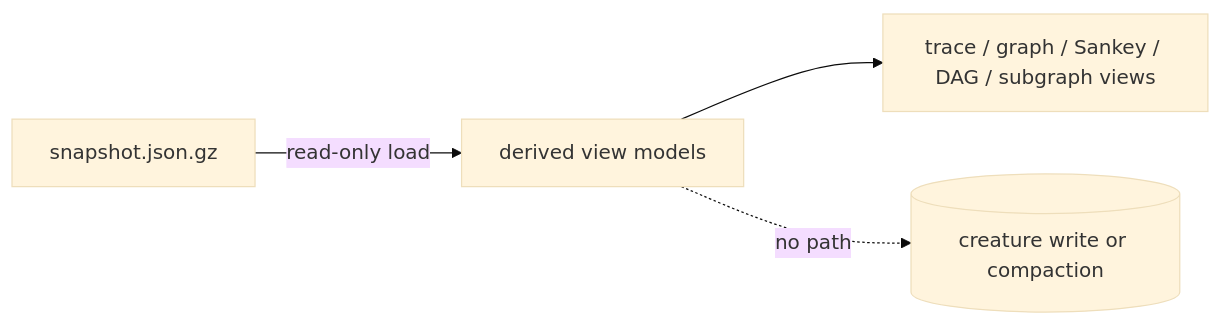
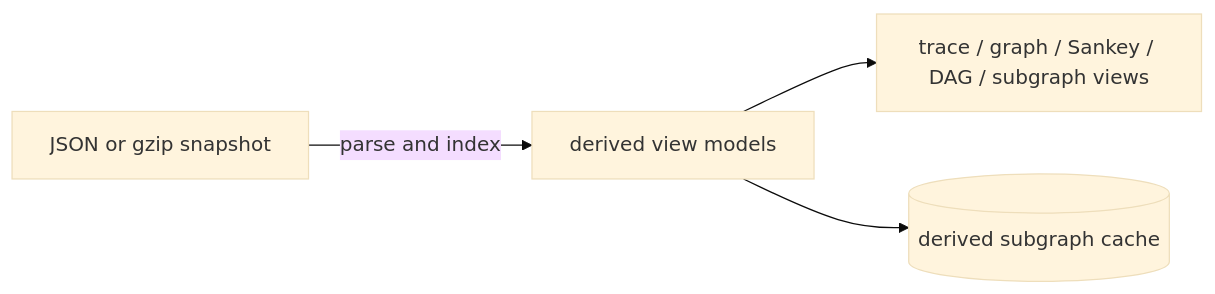
The diagram in docs/archive/pr-summaries/pr-summary-680.md (stSoftwareAU/NEAT-AI-Explore), drawn with Mermaid (base theme) before and after one commit. The commit also changed other lines of this file, not shown here.

First line of the commit message:
docs: verify compaction audit for #680

````diff
--- a/docs/archive/pr-summaries/pr-summary-680.md
+++ b/docs/archive/pr-summaries/pr-summary-680.md
@@ -74,6 +77,6 @@
 ```mermaid
 flowchart LR
-    S[snapshot.json.gz] -->|read-only load| V[derived view models]
+    S[JSON or gzip snapshot] -->|parse and index| V[derived view models]
     V --> T[trace / graph / Sankey / DAG / subgraph views]
-    V -.->|no path| W[(creature write or compaction)]
+    V --> C[(derived subgraph cache)]
 ```
````
